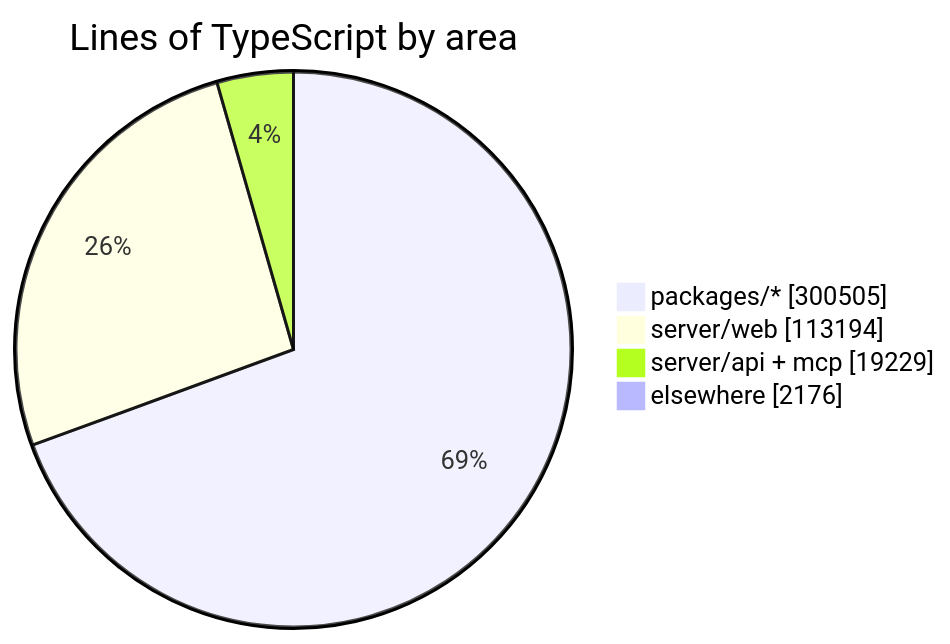
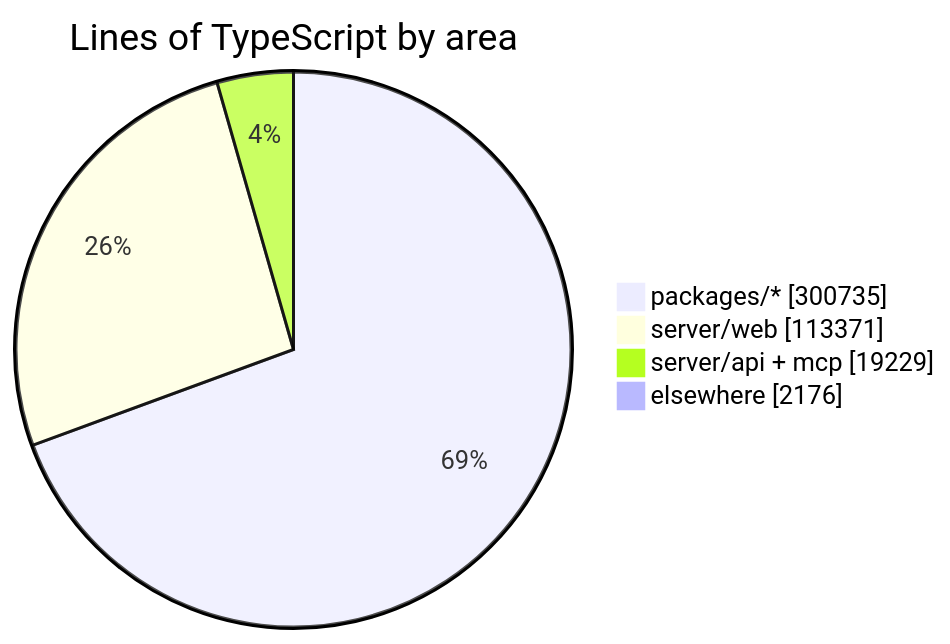
One commit to crossworks-engineering/mantle changed the diagram in README.md. Above: the diagram before and after it, drawn with Mermaid. The commit also changed other lines of this file and 2 other files, not shown here.

````diff
--- a/README.md
+++ b/README.md
@@ -294,7 +294,7 @@
 ```mermaid
 pie showData title Lines of TypeScript by area
-    "packages/*" : 300505
-    "server/web" : 113194
+    "packages/*" : 300735
+    "server/web" : 113371
     "server/api + mcp" : 19229
     "elsewhere" : 2176
 ```
````
